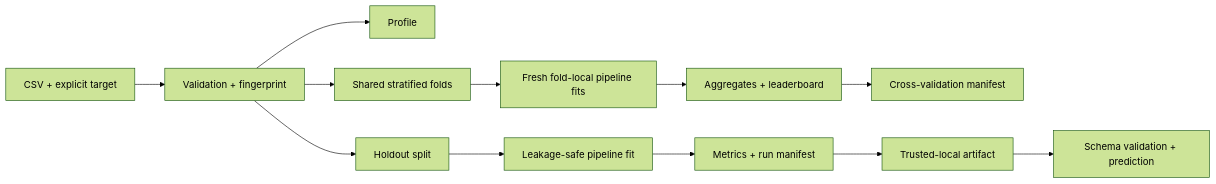
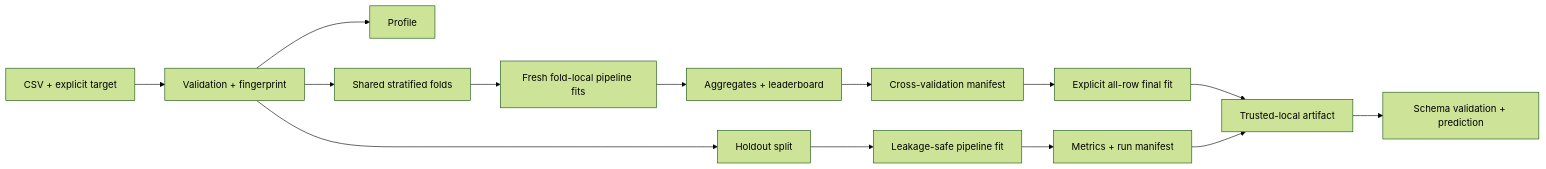
One commit to HivMindAI/mlforge changed the diagram in README.md. Above: the diagram before and after it, drawn with Mermaid (forest theme). The commit also changed other lines of this file and 27 other files, not shown here.

````diff
--- a/README.md
+++ b/README.md
@@ -128,14 +147,16 @@
 ```mermaid
 flowchart LR
     A["CSV + explicit target"] --> B["Validation + fingerprint"]
     B --> C["Profile"]
     B --> D["Holdout split"]
     B --> E["Shared stratified folds"]
     D --> F["Leakage-safe pipeline fit"]
     E --> G["Fresh fold-local pipeline fits"]
     F --> H["Metrics + run manifest"]
     G --> I["Aggregates + leaderboard"]
     I --> J["Cross-validation manifest"]
+    J --> M["Explicit all-row final fit"]
+    M --> K
     H --> K["Trusted-local artifact"]
     K --> L["Schema validation + prediction"]
 ```
````
